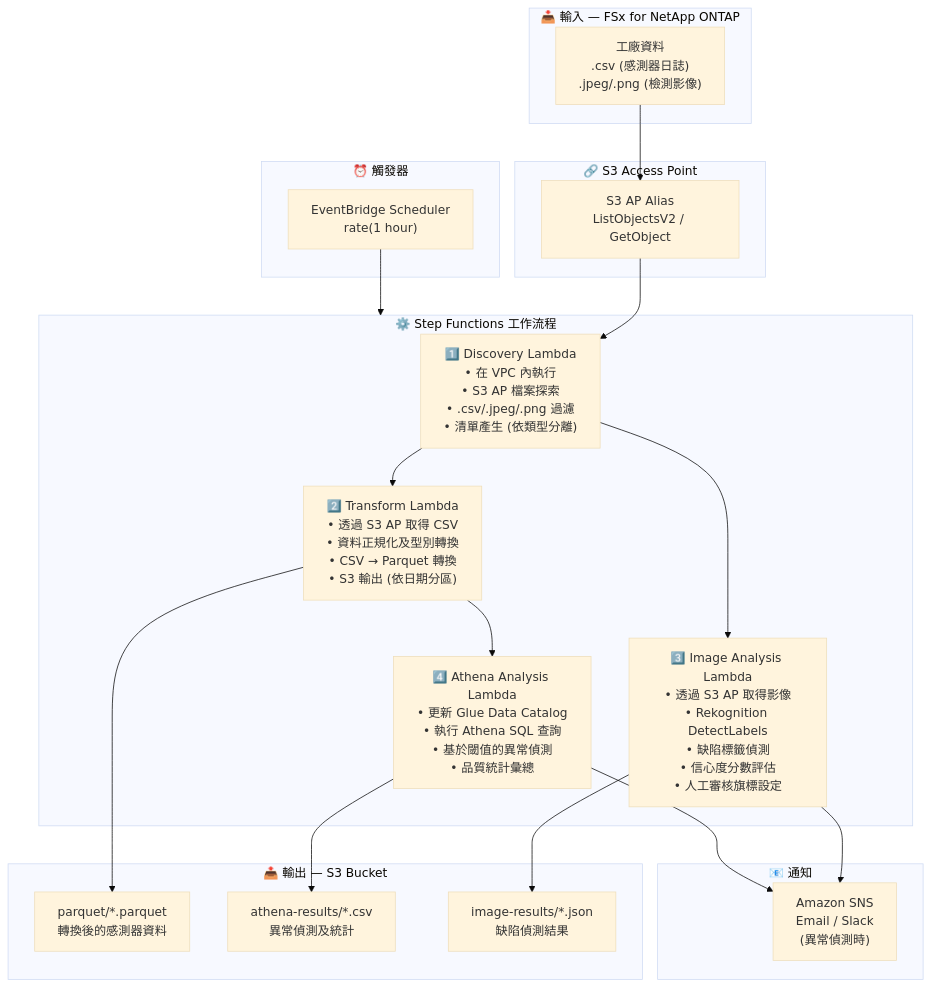
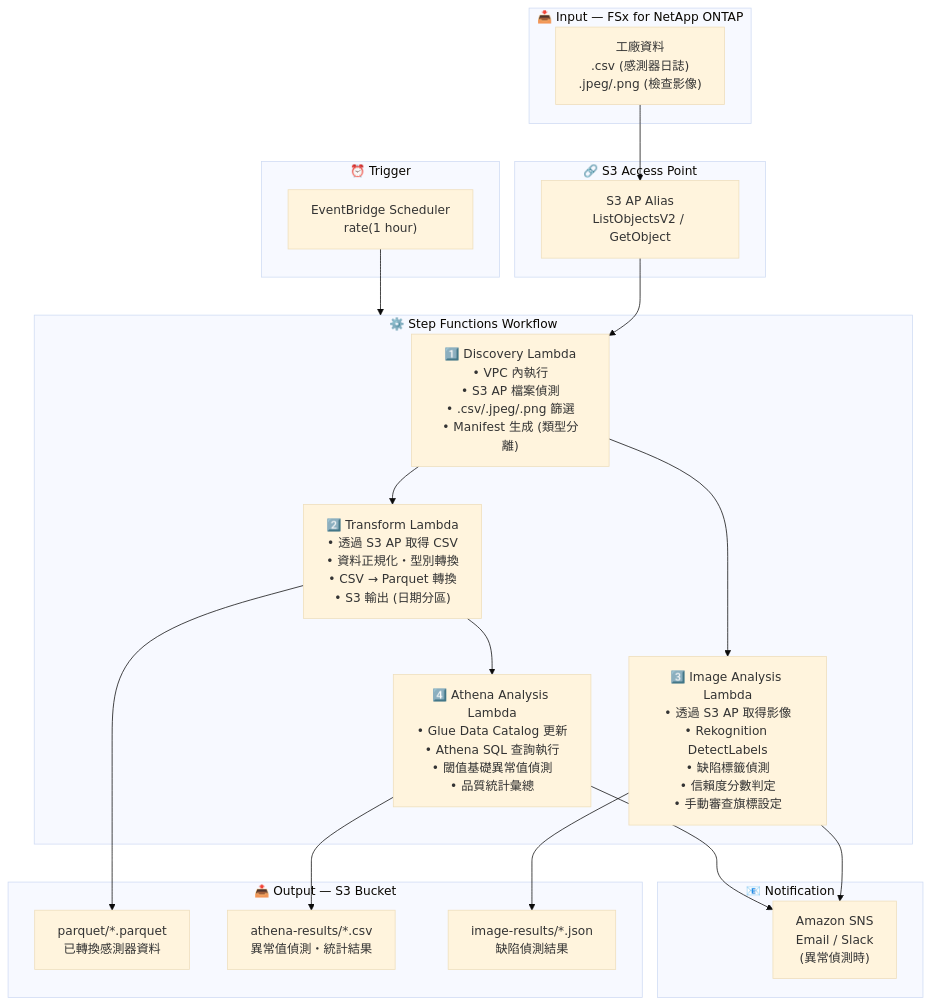
Before and after one commit to Yoshiki0705/FSx-for-ONTAP-S3AccessPoints-Serverless-Patterns: the diagram in manufacturing-analytics/docs/architecture.zh-TW.md, drawn with Mermaid (base theme). The commit also changed other lines of this file and 54 other files, not shown here.

````diff
--- a/manufacturing-analytics/docs/architecture.zh-TW.md
+++ b/manufacturing-analytics/docs/architecture.zh-TW.md
@@ -11,43 +13,43 @@
 ```mermaid
 flowchart TB
-    subgraph INPUT["📥 輸入 — FSx for NetApp ONTAP"]
-        DATA["工廠資料<br/>.csv (感測器日誌)<br/>.jpeg/.png (檢測影像)"]
+    subgraph INPUT["📥 Input — FSx for NetApp ONTAP"]
+        DATA["工廠資料<br/>.csv (感測器日誌)<br/>.jpeg/.png (檢查影像)"]
     end
 
     subgraph S3AP["🔗 S3 Access Point"]
         ALIAS["S3 AP Alias<br/>ListObjectsV2 / GetObject"]
     end
 
-    subgraph TRIGGER["⏰ 觸發器"]
+    subgraph TRIGGER["⏰ Trigger"]
         EB["EventBridge Scheduler<br/>rate(1 hour)"]
     end
 
-    subgraph SFN["⚙️ Step Functions 工作流程"]
-        DISC["1️⃣ Discovery Lambda<br/>• 在 VPC 內執行<br/>• S3 AP 檔案探索<br/>• .csv/.jpeg/.png 過濾<br/>• 清單產生 (依類型分離)"]
-        TR["2️⃣ Transform Lambda<br/>• 透過 S3 AP 取得 CSV<br/>• 資料正規化及型別轉換<br/>• CSV → Parquet 轉換<br/>• S3 輸出 (依日期分區)"]
-        IMG["3️⃣ Image Analysis Lambda<br/>• 透過 S3 AP 取得影像<br/>• Rekognition DetectLabels<br/>• 缺陷標籤偵測<br/>• 信心度分數評估<br/>• 人工審核旗標設定"]
-        ATH["4️⃣ Athena Analysis Lambda<br/>• 更新 Glue Data Catalog<br/>• 執行 Athena SQL 查詢<br/>• 基於閾值的異常偵測<br/>• 品質統計彙總"]
+    subgraph SFN["⚙️ Step Functions Workflow"]
+        DISC["1️⃣ Discovery Lambda<br/>• VPC 內執行<br/>• S3 AP 檔案偵測<br/>• .csv/.jpeg/.png 篩選<br/>• Manifest 生成 (類型分離)"]
+        TR["2️⃣ Transform Lambda<br/>• 透過 S3 AP 取得 CSV<br/>• 資料正規化・型別轉換<br/>• CSV → Parquet 轉換<br/>• S3 輸出 (日期分區)"]
+        IMG["3️⃣ Image Analysis Lambda<br/>• 透過 S3 AP 取得影像<br/>• Rekognition DetectLabels<br/>• 缺陷標籤偵測<br/>• 信賴度分數判定<br/>• 手動審查旗標設定"]
+        ATH["4️⃣ Athena Analysis Lambda<br/>• Glue Data Catalog 更新<br/>• Athena SQL 查詢執行<br/>• 閾值基礎異常值偵測<br/>• 品質統計彙總"]
     end
 
-    subgraph OUTPUT["📤 輸出 — S3 Bucket"]
-        PARQUET["parquet/*.parquet<br/>轉換後的感測器資料"]
-        ATHENA["athena-results/*.csv<br/>異常偵測及統計"]
+    subgraph OUTPUT["📤 Output — S3 Bucket"]
+        PARQUET["parquet/*.parquet<br/>已轉換感測器資料"]
+        ATHENA["athena-results/*.csv<br/>異常值偵測・統計結果"]
         IMGOUT["image-results/*.json<br/>缺陷偵測結果"]
     end
 
-    subgraph NOTIFY["📧 通知"]
+    subgraph NOTIFY["📧 Notification"]
         SNS["Amazon SNS<br/>Email / Slack<br/>(異常偵測時)"]
     end
 
     DATA --> ALIAS
     ALIAS --> DISC
     EB --> SFN
     DISC --> TR
     DISC --> IMG
     TR --> ATH
     TR --> PARQUET
     ATH --> ATHENA
     IMG --> IMGOUT
     IMG --> SNS
     ATH --> SNS
 ```
````
